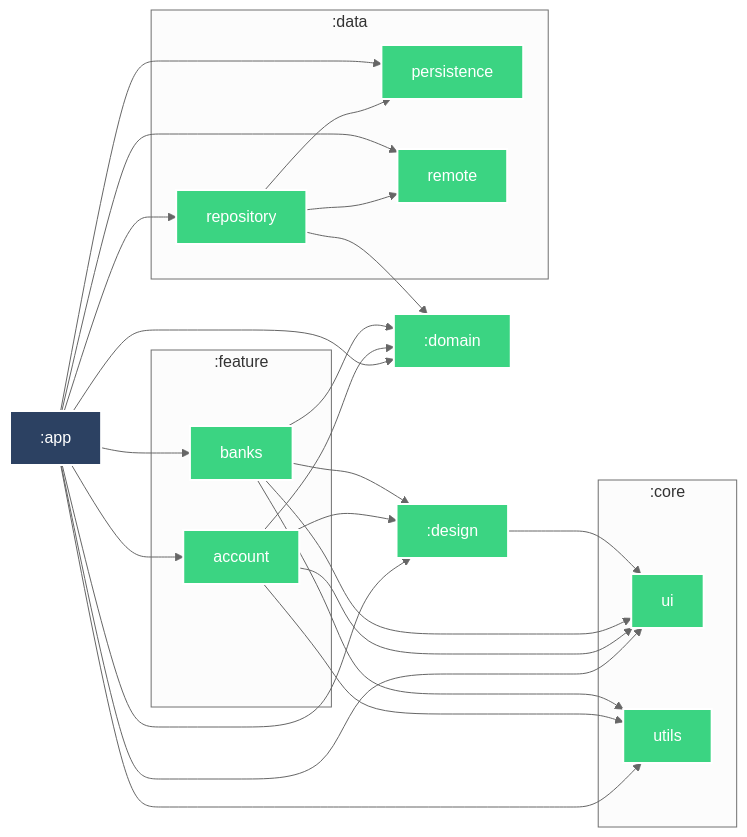
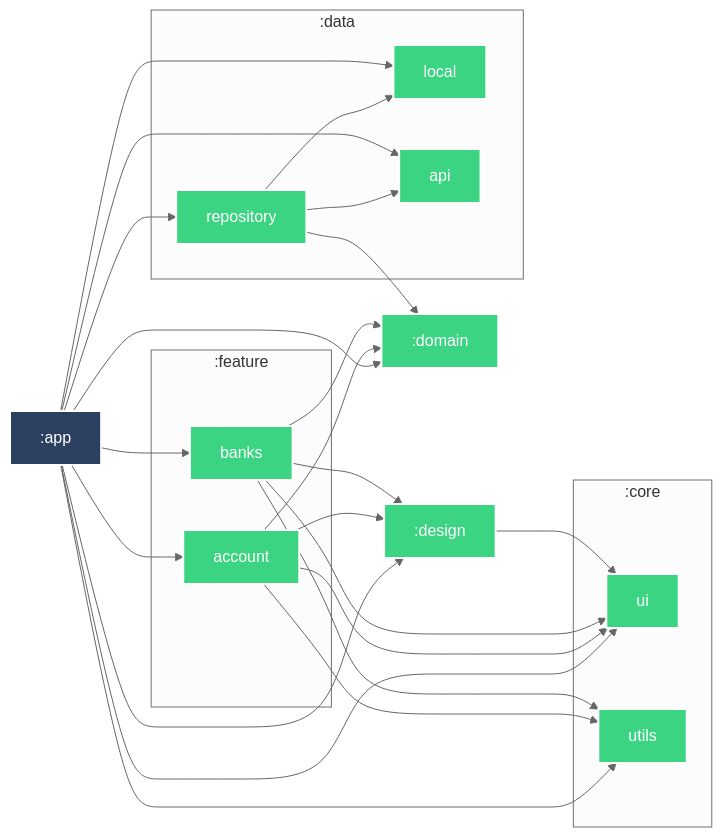
Before and after one commit to r4dixx/CATSikel: the diagram in docs/README.md, drawn with Mermaid.

Commit message:
Update module graph

````diff
--- a/docs/README.md
+++ b/docs/README.md
@@ -3,57 +3,57 @@
 ```mermaid
 %%{
   init: {
     'theme': 'neutral'
   }
 }%%
 
 graph LR
   subgraph :core
     :core:ui["ui"]
     :core:utils["utils"]
   end
   subgraph :data
-    :data:persistence["persistence"]
-    :data:remote["remote"]
+    :data:local["local"]
+    :data:api["api"]
     :data:repository["repository"]
   end
   subgraph :feature
     :feature:banks["banks"]
     :feature:account["account"]
   end
   :design --> :core:ui
   :feature:banks --> :core:ui
   :feature:banks --> :core:utils
   :feature:banks --> :design
   :feature:banks --> :domain
   :feature:account --> :core:ui
   :feature:account --> :core:utils
   :feature:account --> :design
   :feature:account --> :domain
   :app --> :core:ui
   :app --> :core:utils
-  :app --> :data:persistence
-  :app --> :data:remote
+  :app --> :data:local
+  :app --> :data:api
   :app --> :data:repository
   :app --> :design
   :app --> :domain
   :app --> :feature:account
   :app --> :feature:banks
-  :data:repository --> :data:persistence
-  :data:repository --> :data:remote
+  :data:repository --> :data:local
+  :data:repository --> :data:api
   :data:repository --> :domain
 
 classDef android-library fill:#3BD482,stroke:#fff,stroke-width:2px,color:#fff;
 classDef android-application fill:#2C4162,stroke:#fff,stroke-width:2px,color:#fff;
 class :design android-library
 class :core:ui android-library
 class :feature:banks android-library
 class :core:utils android-library
 class :domain android-library
 class :feature:account android-library
 class :app android-application
-class :data:persistence android-library
-class :data:remote android-library
+class :data:local android-library
+class :data:api android-library
 class :data:repository android-library
 
 ```
````
